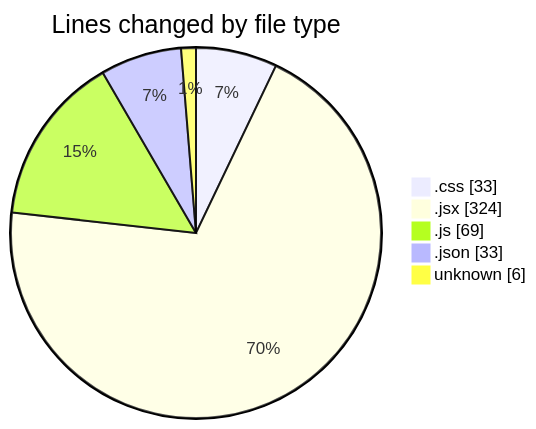
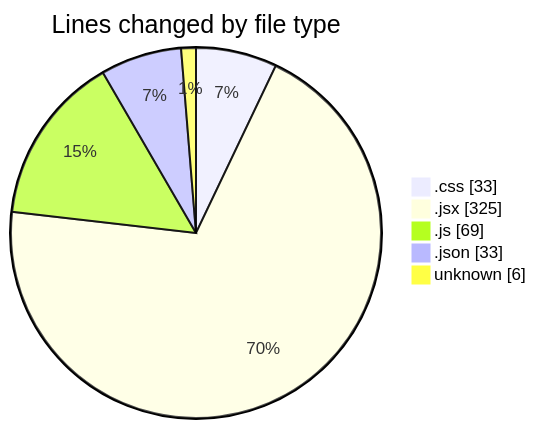
Before and after one commit to Elitesun/code-tracking: the first of 2 diagrams in 2025-02-14/elitegpt/README.md, drawn with Mermaid. The commit also changed other lines of this file and 1 other file, not shown here.

````diff
--- a/2025-02-14/elitegpt/README.md
+++ b/2025-02-14/elitegpt/README.md
@@ -32,9 +32,9 @@
 ```mermaid
 pie showData
 title Lines changed by file type
 ".css" : 33
-".jsx" : 324
+".jsx" : 325
 ".js" : 69
 ".json" : 33
 "unknown" : 6
 ```
````
